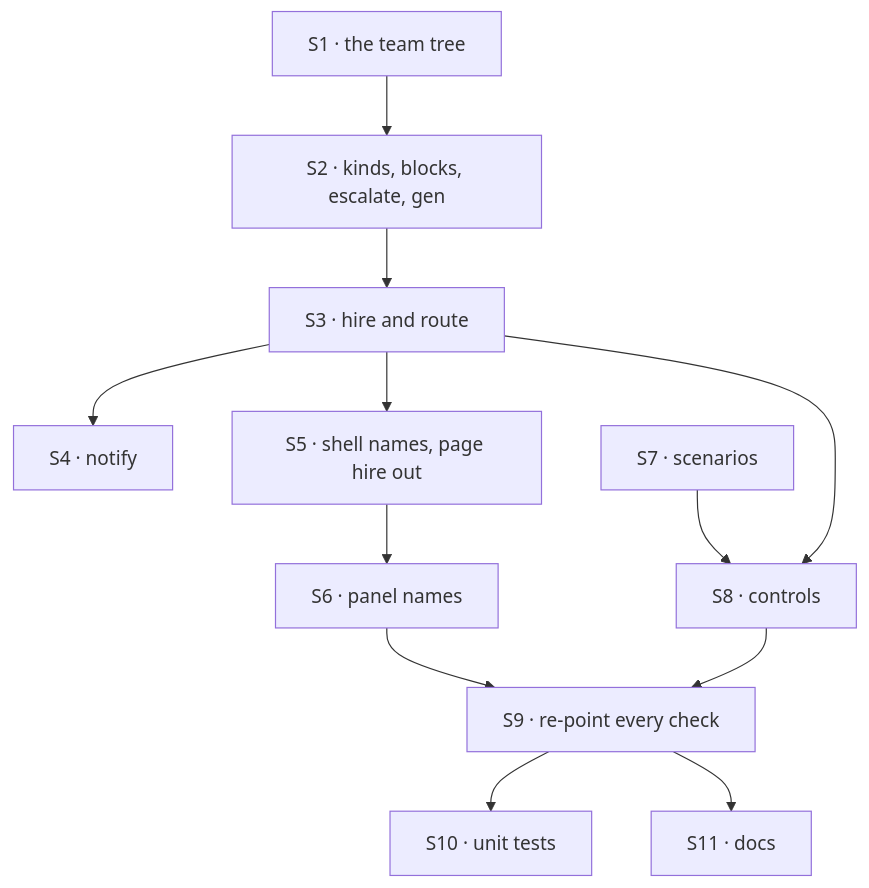
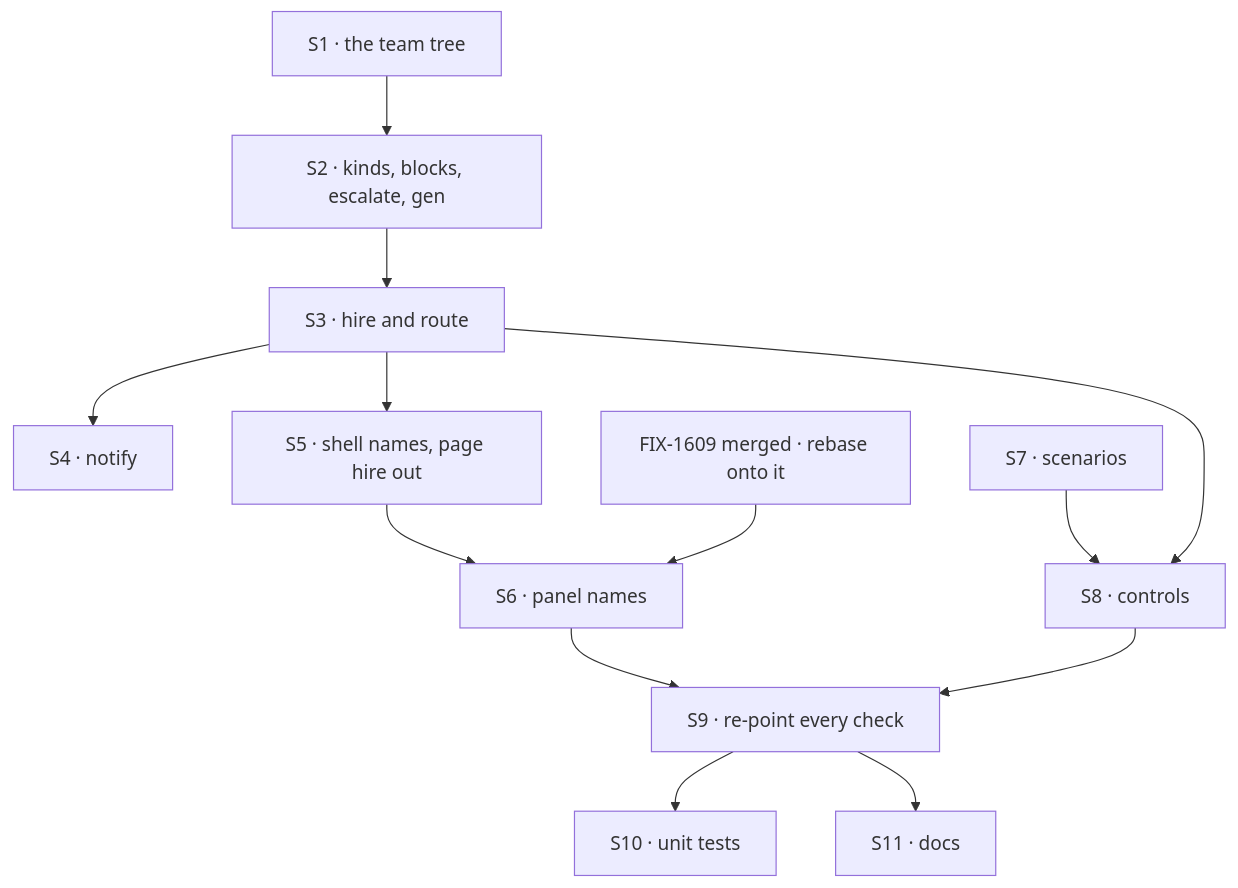
Before and after one commit to fixpoint-labs/flow-state-dev: the diagram in specs/issues/FIX-1611/PLAN.md, drawn with Mermaid. The commit also changed other lines of this file and 10 other files, not shown here.

````diff
--- a/specs/issues/FIX-1611/PLAN.md
+++ b/specs/issues/FIX-1611/PLAN.md
@@ -27,14 +29,15 @@
 ```mermaid
 flowchart TD
   S1["S1 · the team tree"] --> S2["S2 · kinds, blocks, escalate, gen"]
   S2 --> S3["S3 · hire and route"]
   S3 --> S4["S4 · notify"]
   S3 --> S5["S5 · shell names, page hire out"]
   S5 --> S6["S6 · panel names"]
+  L["FIX-1609 merged · rebase onto it"] --> S6
   S7["S7 · scenarios"] --> S8["S8 · controls"]
   S3 --> S8
   S6 --> S9["S9 · re-point every check"]
   S8 --> S9
   S9 --> S10["S10 · unit tests"]
   S9 --> S11["S11 · docs"]
 ```
````
